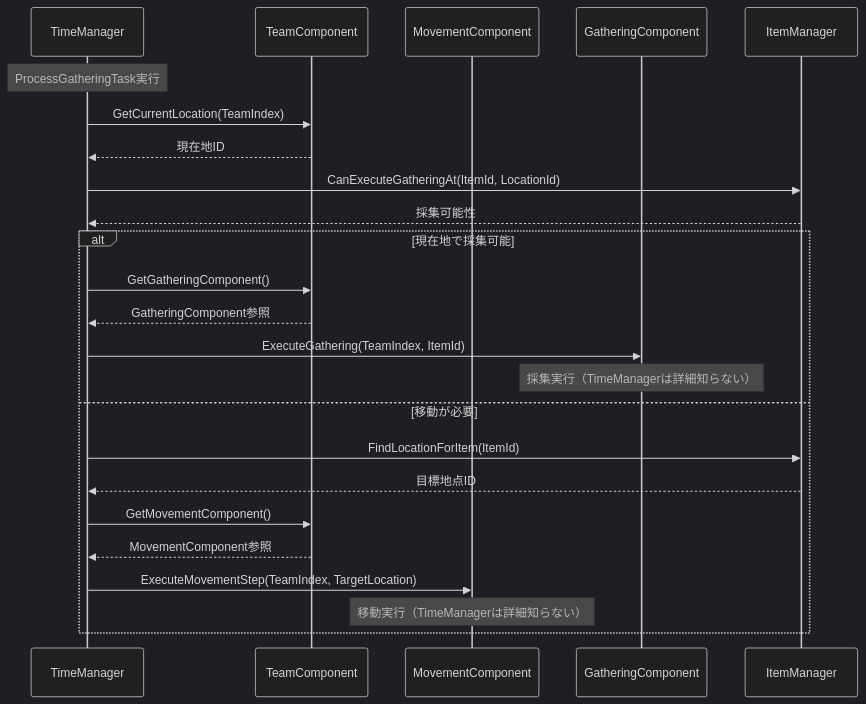
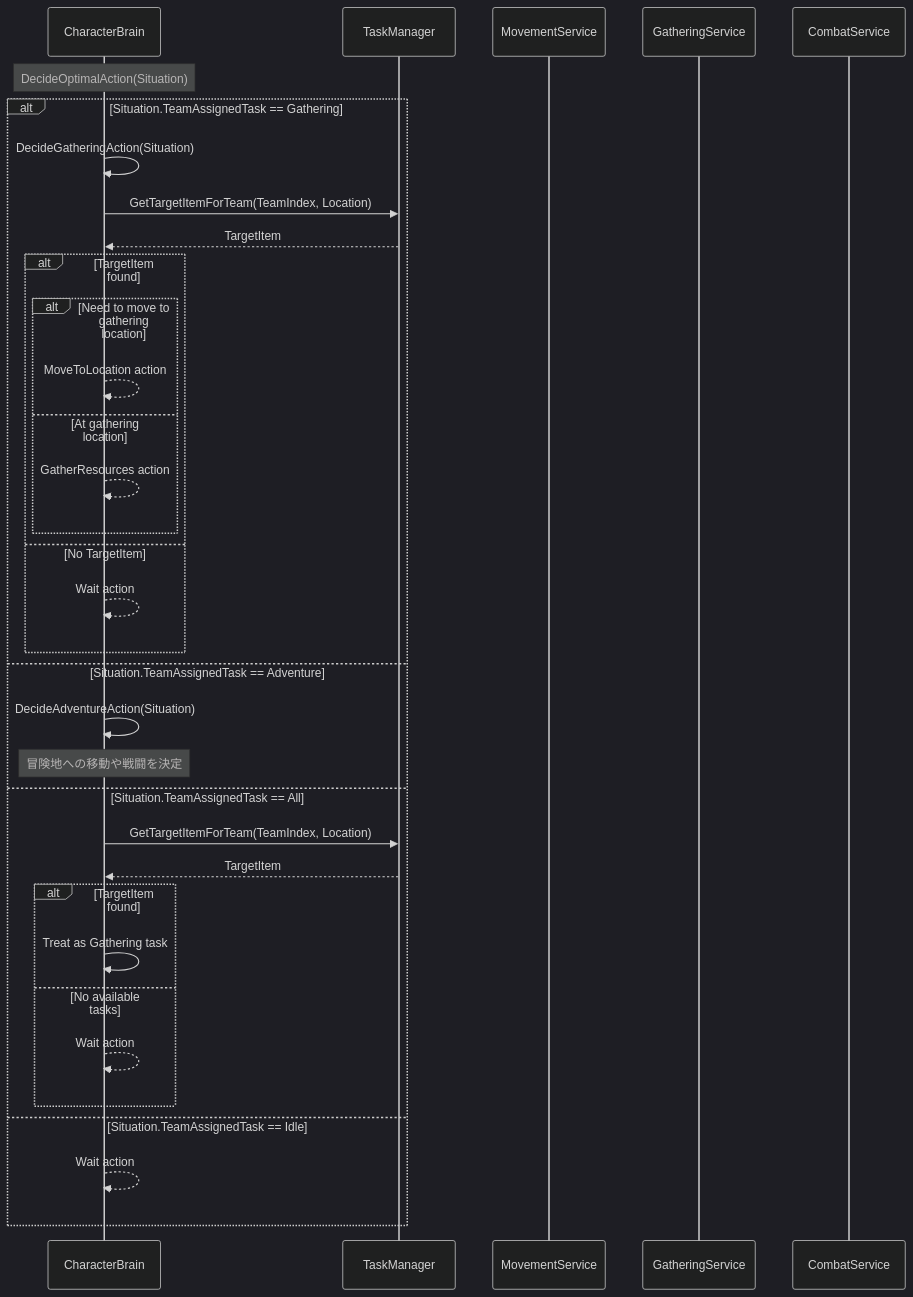
One commit to earlgreystudio/UE_IdleWSL changed the second of 6 diagrams in docs/specifications/tasks/タスクフロー図.md. Above: the diagram before and after it, drawn with Mermaid (dark theme). The commit also changed other lines of this file and 88 other files, not shown here.

````diff
--- a/docs/specifications/tasks/タスクフロー図.md
+++ b/docs/specifications/tasks/タスクフロー図.md
@@ -50,30 +49,43 @@
 ```mermaid
 sequenceDiagram
-    participant TM as TimeManager
-    participant TC as TeamComponent
-    participant MC as MovementComponent
-    participant GC as GatheringComponent
-    participant IM as ItemManager
+    participant Brain as CharacterBrain
+    participant TaskMgr as TaskManager
+    participant MS as MovementService
+    participant GS as GatheringService
+    participant CS as CombatService
     
-    Note over TM: ProcessGatheringTask実行
-    TM->>TC: GetCurrentLocation(TeamIndex)
-    TC-->>TM: 現在地ID
+    Note over Brain: DecideOptimalAction(Situation)
     
-    TM->>IM: CanExecuteGatheringAt(ItemId, LocationId)
-    IM-->>TM: 採集可能性
-    
-    alt 現在地で採集可能
-        TM->>TC: GetGatheringComponent()
-        TC-->>TM: GatheringComponent参照
-        TM->>GC: ExecuteGathering(TeamIndex, ItemId)
-        Note over GC: 採集実行（TimeManagerは詳細知らない）
+    alt Situation.TeamAssignedTask == Gathering
+        Brain->>Brain: DecideGatheringAction(Situation)
+        Brain->>TaskMgr: GetTargetItemForTeam(TeamIndex, Location)
+        TaskMgr-->>Brain: TargetItem
         
-    else 移動が必要
-        TM->>IM: FindLocationForItem(ItemId)
-        IM-->>TM: 目標地点ID
-        TM->>TC: GetMovementComponent()
-        TC-->>TM: MovementComponent参照
-        TM->>MC: ExecuteMovementStep(TeamIndex, TargetLocation)
-        Note over MC: 移動実行（TimeManagerは詳細知らない）
+        alt TargetItem found
+            alt Need to move to gathering location
+                Brain-->>Brain: MoveToLocation action
+            else At gathering location
+                Brain-->>Brain: GatherResources action
+            end
+        else No TargetItem
+            Brain-->>Brain: Wait action
+        end
+        
+    else Situation.TeamAssignedTask == Adventure
+        Brain->>Brain: DecideAdventureAction(Situation)
+        Note over Brain: 冒険地への移動や戦闘を決定
+        
+    else Situation.TeamAssignedTask == All
+        Brain->>TaskMgr: GetTargetItemForTeam(TeamIndex, Location)
+        TaskMgr-->>Brain: TargetItem
+        
+        alt TargetItem found
+            Brain->>Brain: Treat as Gathering task
+        else No available tasks
+            Brain-->>Brain: Wait action
+        end
+        
+    else Situation.TeamAssignedTask == Idle
+        Brain-->>Brain: Wait action
     end
 ```
````
